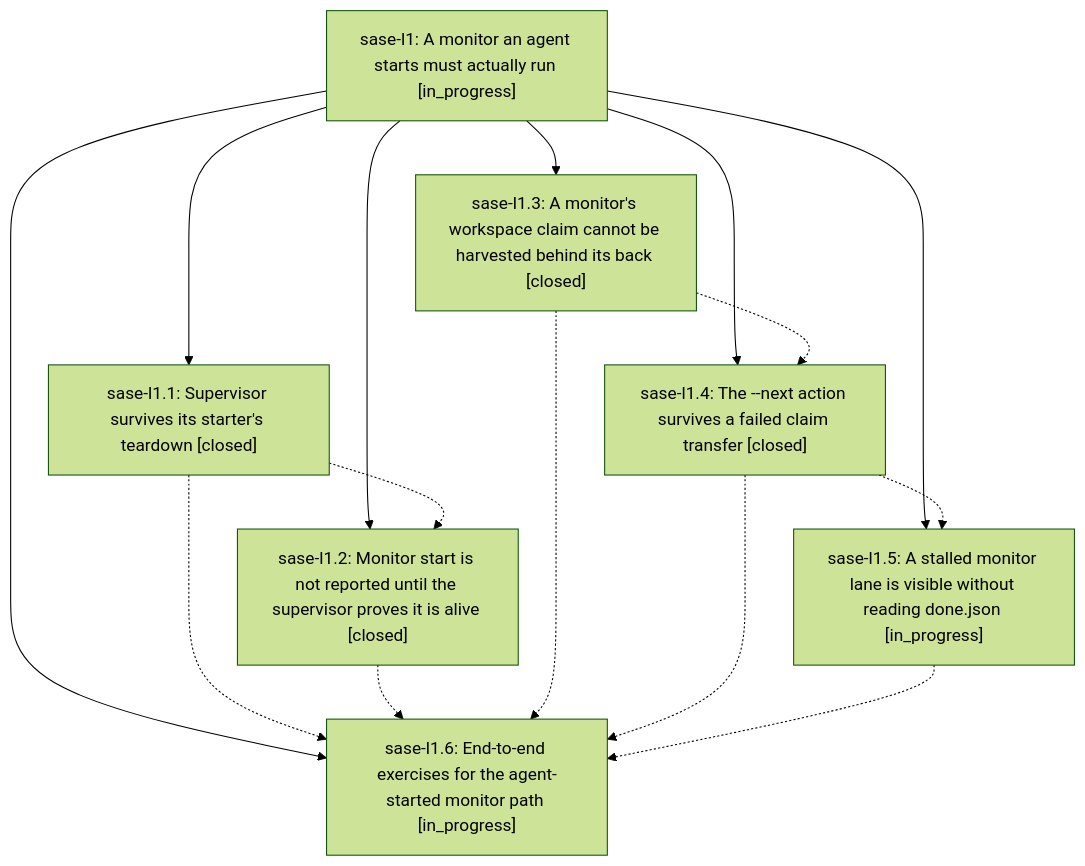
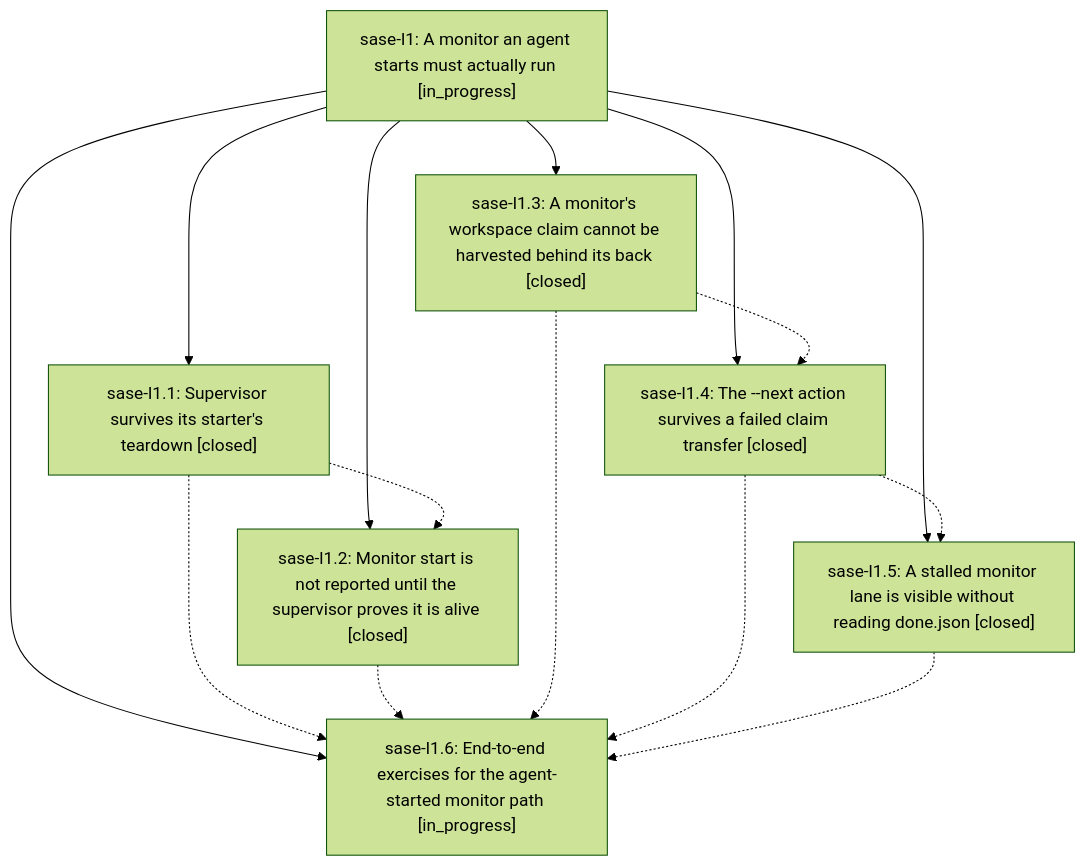
The diagram in pages/sase-l1/README.md (sase-org/sase--beads), drawn with Mermaid (forest theme) before and after one commit. The commit also changed other lines of this file and 3 other files, not shown here.

````diff
--- a/pages/sase-l1/README.md
+++ b/pages/sase-l1/README.md
@@ -27,24 +27,24 @@
 ```mermaid
 flowchart TD
     n0["sase-l1: A monitor an agent starts must actually run [in_progress]"]
     n1["sase-l1.1: Supervisor survives its starter's teardown [closed]"]
     n2["sase-l1.2: Monitor start is not reported until the supervisor proves it is alive [closed]"]
     n3["sase-l1.3: A monitor's workspace claim cannot be harvested behind its back [closed]"]
     n4["sase-l1.4: The --next action survives a failed claim transfer [closed]"]
-    n5["sase-l1.5: A stalled monitor lane is visible without reading done.json [in_progress]"]
+    n5["sase-l1.5: A stalled monitor lane is visible without reading done.json [closed]"]
     n6["sase-l1.6: End-to-end exercises for the agent-started monitor path [in_progress]"]
     n0 --> n1
     n0 --> n2
     n0 --> n3
     n0 --> n4
     n0 --> n5
     n0 --> n6
     n1 -.-> n2
     n1 -.-> n6
     n2 -.-> n6
     n3 -.-> n4
     n3 -.-> n6
     n4 -.-> n5
     n4 -.-> n6
     n5 -.-> n6
 ```
````
